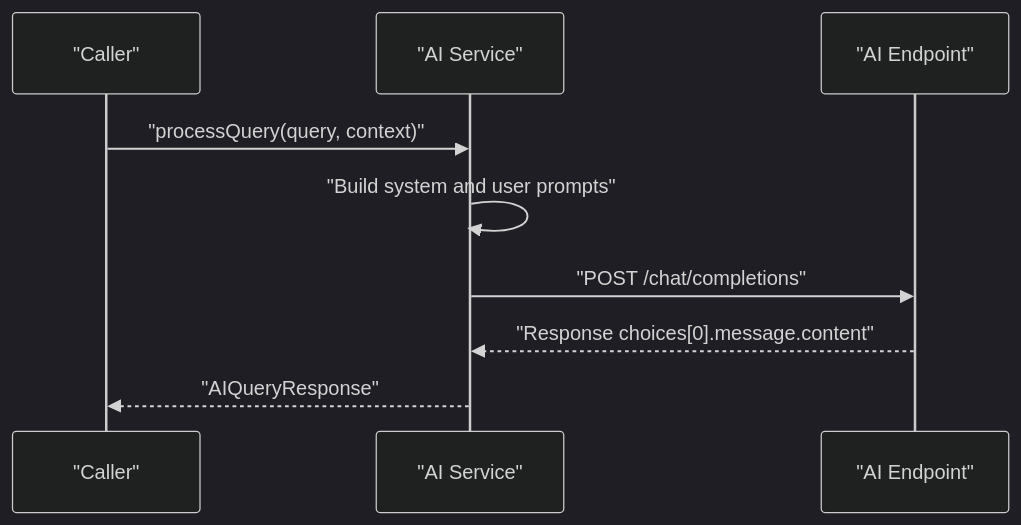
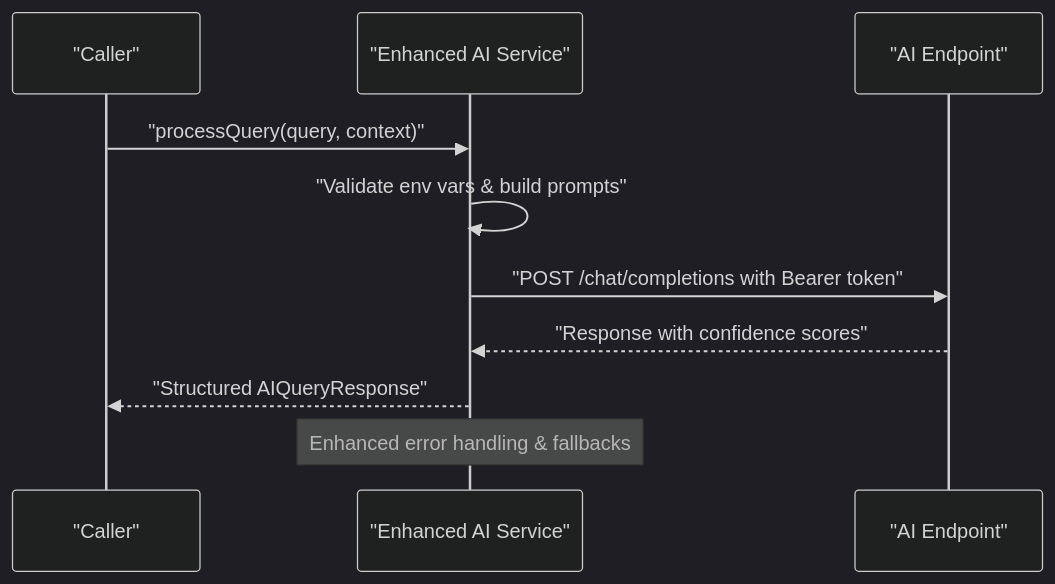
One commit to cacamarica/dashboard-ai changed the fourth of 7 diagrams in .qoder/repowiki/en/content/Configuration and Environment.md. Above: the diagram before and after it, drawn with Mermaid (dark theme). The commit also changed other lines of this file and 14 other files, not shown here.

````diff
--- a/.qoder/repowiki/en/content/Configuration and Environment.md
+++ b/.qoder/repowiki/en/content/Configuration and Environment.md
@@ -212,11 +251,12 @@
 ```mermaid
 sequenceDiagram
 participant Caller as "Caller"
-participant AISvc as "AI Service"
+participant AISvc as "Enhanced AI Service"
 participant AIEndpoint as "AI Endpoint"
 Caller->>AISvc : "processQuery(query, context)"
-AISvc->>AISvc : "Build system and user prompts"
-AISvc->>AIEndpoint : "POST /chat/completions"
-AIEndpoint-->>AISvc : "Response choices[0].message.content"
-AISvc-->>Caller : "AIQueryResponse"
+AISvc->>AISvc : "Validate env vars & build prompts"
+AISvc->>AIEndpoint : "POST /chat/completions with Bearer token"
+AIEndpoint-->>AISvc : "Response with confidence scores"
+AISvc-->>Caller : "Structured AIQueryResponse"
+Note over AISvc : Enhanced error handling & fallbacks
 ```
````
